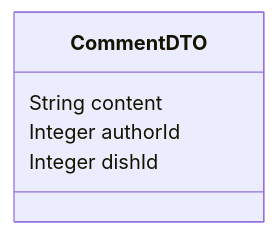
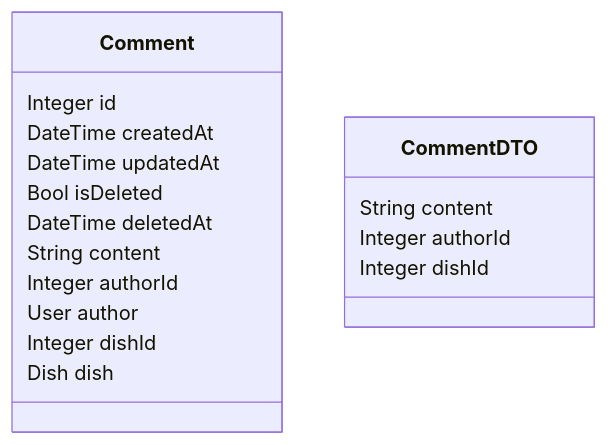
The fourth of 7 diagrams in Backend/README.md (GruboKrojone/SneakFit), drawn with Mermaid before and after one commit. The commit also changed other lines of this file and 3 other files, not shown here.

````diff
--- a/Backend/README.md
+++ b/Backend/README.md
@@ -830,8 +1425,20 @@
 ```mermaid
 classDiagram
+    class Comment {
+        Integer id
+        DateTime createdAt
+        DateTime updatedAt
+        Bool isDeleted
+        DateTime deletedAt
+        String content
+        Integer authorId
+        User author
+        Integer dishId
+        Dish dish
+    }
     class CommentDTO {
         String content
         Integer authorId
         Integer dishId
     }
 ```
````
